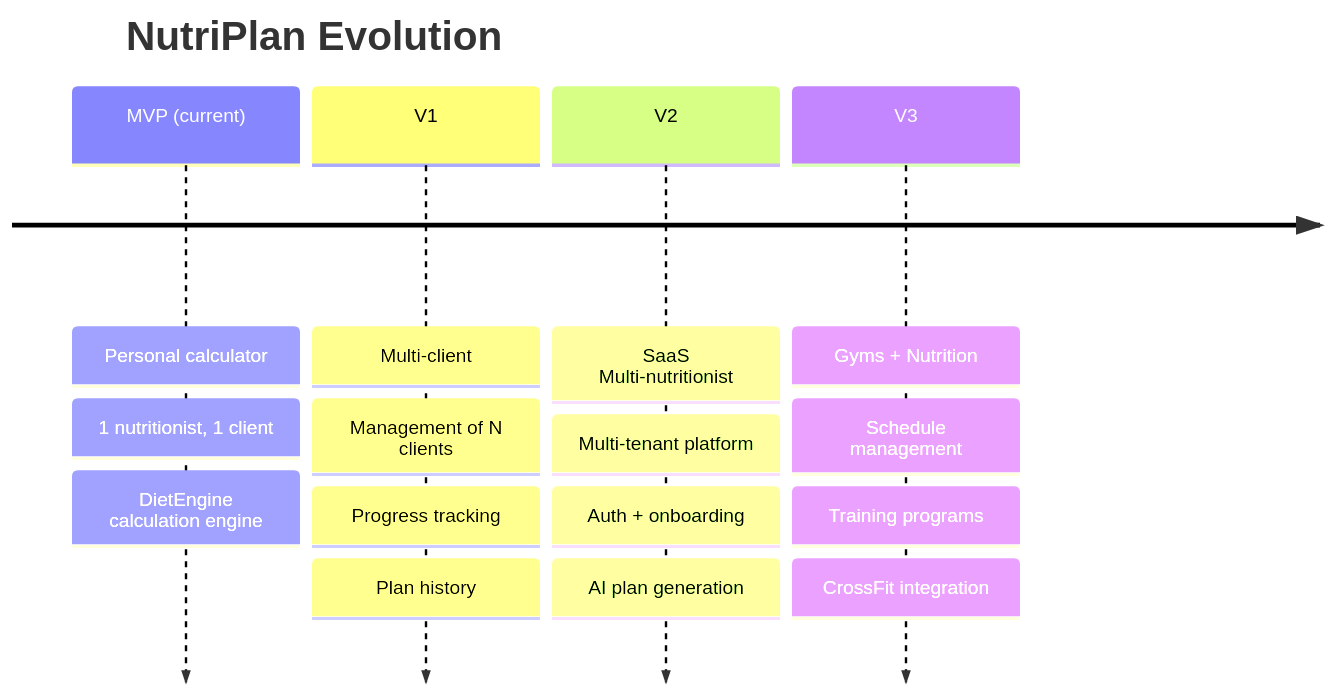
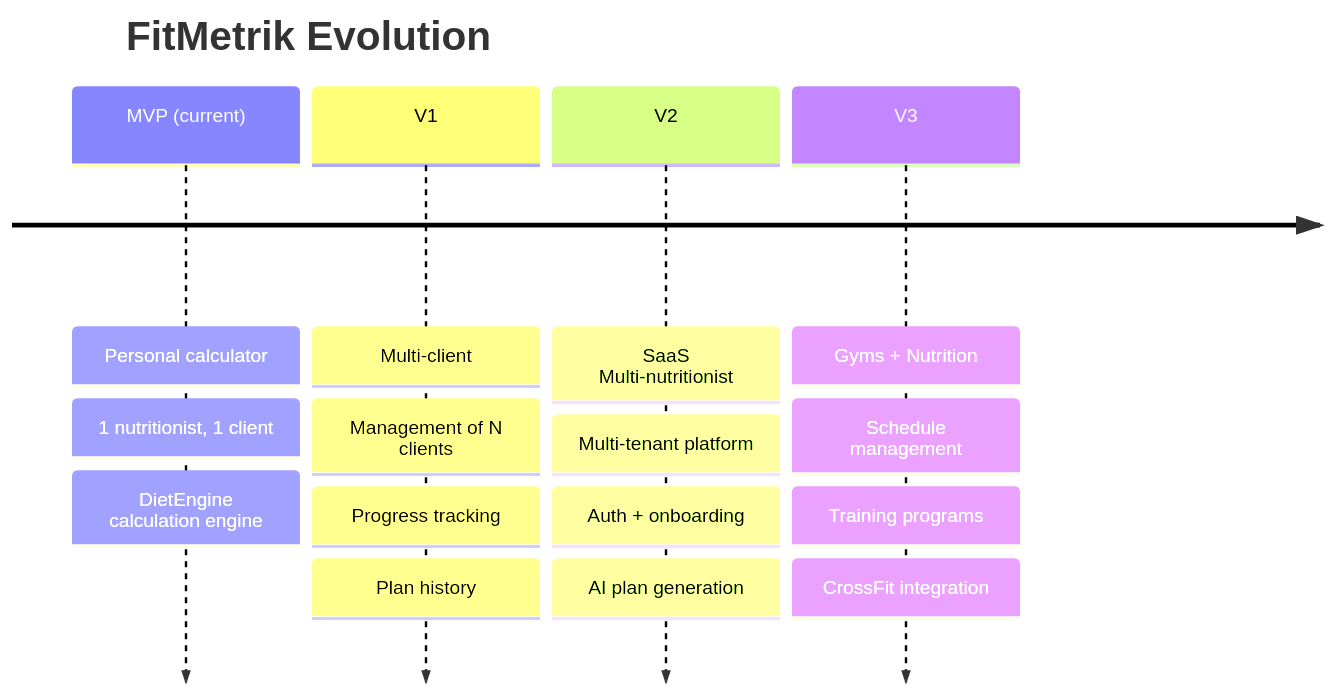
The third of 3 diagrams in README.md (estebandiazm/nutrition-calculator-web), drawn with Mermaid before and after one commit. The commit also changed other lines of this file and 15 other files, not shown here.

Commit message:
feat: Update branding from 'NutriPlan' to 'FitMetrik' across emails and UI, and add OpenSpec documentation for password update flow.

````diff
--- a/README.md
+++ b/README.md
@@ -244,19 +244,19 @@
 ```mermaid
 timeline
-    title NutriPlan Evolution
+    title FitMetrik Evolution
     MVP (current) : Personal calculator
                   : 1 nutritionist, 1 client
                   : DietEngine calculation engine
     V1            : Multi-client
                   : Management of N clients
                   : Progress tracking
                   : Plan history
     V2            : SaaS Multi-nutritionist
                   : Multi-tenant platform
                   : Auth + onboarding
                   : AI plan generation
     V3            : Gyms + Nutrition
                   : Schedule management
                   : Training programs
                   : CrossFit integration
 ```
````
